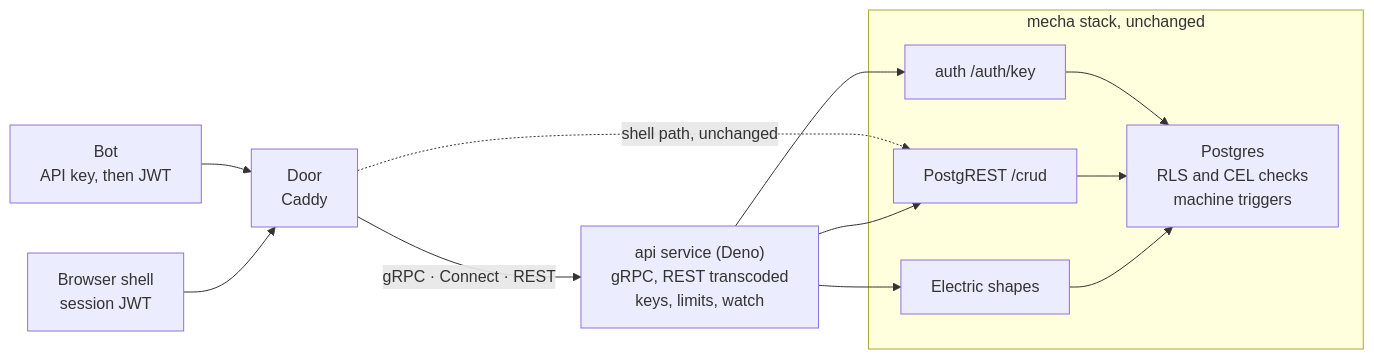
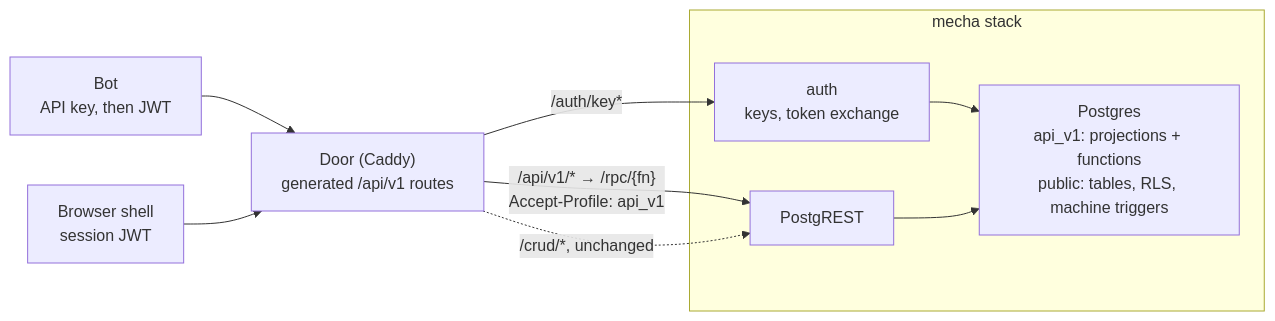
The diagram in docs/pronto-api.md (bsoneca/pronto-plugins), drawn with Mermaid before and after one commit. The commit also changed other lines of this file and 1 other file, not shown here.

First line of the commit message:
PRONTO-374: pronto-api on PostgREST over table projections, Google API design, no gRPC

````diff
--- a/docs/pronto-api.md
+++ b/docs/pronto-api.md
@@ -51,19 +52,15 @@
 ```mermaid
 flowchart LR
-  bot["Bot<br/>API key, then JWT"] --> door["Door<br/>Caddy"]
+  bot["Bot<br/>API key, then JWT"] --> door["Door (Caddy)<br/>generated /api/v1 routes"]
   browser["Browser shell<br/>session JWT"] --> door
-  door -- "gRPC · Connect · REST" --> api["api service (Deno)<br/>gRPC, REST transcoded<br/>keys, limits, watch"]
-  door -. "shell path, unchanged" .-> crud
-  subgraph mecha["mecha stack, unchanged"]
-    auth["auth /auth/key"]
-    crud["PostgREST /crud"]
-    electric["Electric shapes"]
-    pg["Postgres<br/>RLS and CEL checks<br/>machine triggers"]
+  door -- "/api/v1/* → /rpc/{fn}<br/>Accept-Profile: api_v1" --> crud
+  door -. "/crud/*, unchanged" .-> crud
+  door -- "/auth/key*" --> auth
+  subgraph mecha["mecha stack"]
+    auth["auth<br/>keys, token exchange"]
+    crud["PostgREST"]
+    pg["Postgres<br/>api_v1: projections + functions<br/>public: tables, RLS, machine triggers"]
   end
-  api --> auth
-  api --> crud
-  api --> electric
   auth --> pg
   crud --> pg
-  electric --> pg
 ```
````
